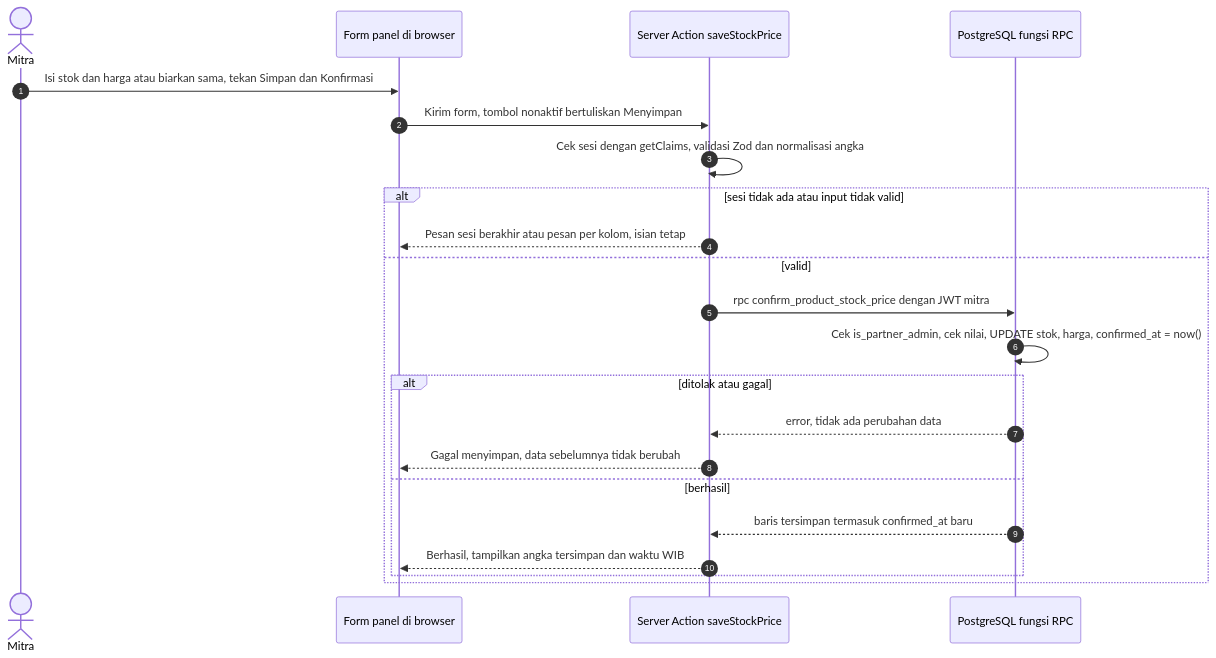
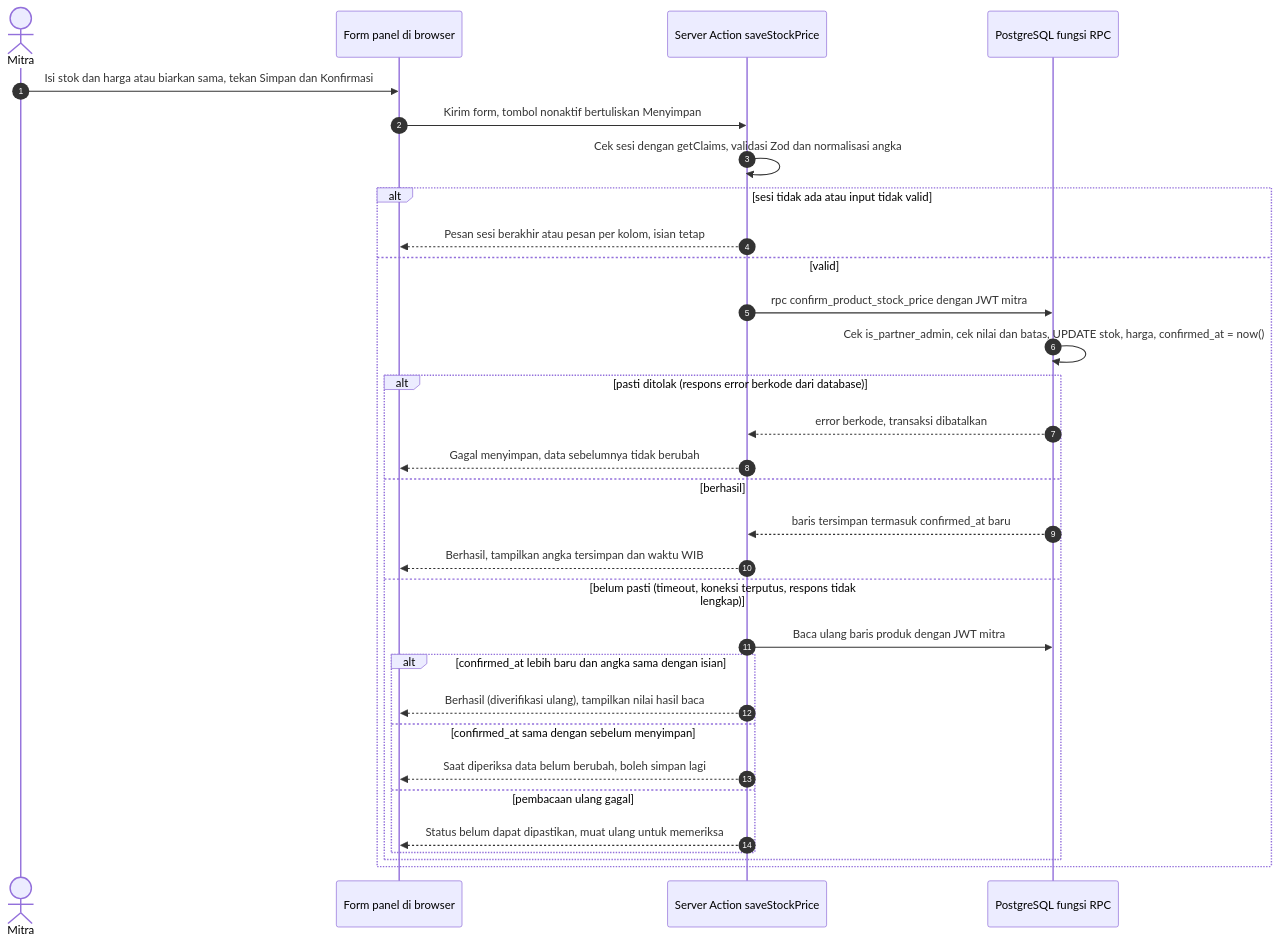
The fifth of 9 diagrams in ARCHITECTURE.md (Jayflux/PasarNila), drawn with Mermaid before and after one commit. The commit also changed other lines of this file and 29 other files, not shown here.

````diff
--- a/ARCHITECTURE.md
+++ b/ARCHITECTURE.md
@@ -282,24 +283,33 @@
 ```mermaid
 sequenceDiagram
     autonumber
     actor M as Mitra
     participant UI as Form panel di browser
     participant SA as Server Action saveStockPrice
     participant DB as PostgreSQL fungsi RPC
     M->>UI: Isi stok dan harga atau biarkan sama, tekan Simpan dan Konfirmasi
     UI->>SA: Kirim form, tombol nonaktif bertuliskan Menyimpan
     SA->>SA: Cek sesi dengan getClaims, validasi Zod dan normalisasi angka
     alt sesi tidak ada atau input tidak valid
         SA-->>UI: Pesan sesi berakhir atau pesan per kolom, isian tetap
     else valid
         SA->>DB: rpc confirm_product_stock_price dengan JWT mitra
-        DB->>DB: Cek is_partner_admin, cek nilai, UPDATE stok, harga, confirmed_at = now()
-        alt ditolak atau gagal
-            DB-->>SA: error, tidak ada perubahan data
+        DB->>DB: Cek is_partner_admin, cek nilai dan batas, UPDATE stok, harga, confirmed_at = now()
+        alt pasti ditolak (respons error berkode dari database)
+            DB-->>SA: error berkode, transaksi dibatalkan
             SA-->>UI: Gagal menyimpan, data sebelumnya tidak berubah
         else berhasil
             DB-->>SA: baris tersimpan termasuk confirmed_at baru
             SA-->>UI: Berhasil, tampilkan angka tersimpan dan waktu WIB
+        else belum pasti (timeout, koneksi terputus, respons tidak lengkap)
+            SA->>DB: Baca ulang baris produk dengan JWT mitra
+            alt confirmed_at lebih baru dan angka sama dengan isian
+                SA-->>UI: Berhasil (diverifikasi ulang), tampilkan nilai hasil baca
+            else confirmed_at sama dengan sebelum menyimpan
+                SA-->>UI: Saat diperiksa data belum berubah, boleh simpan lagi
+            else pembacaan ulang gagal
+                SA-->>UI: Status belum dapat dipastikan, muat ulang untuk memeriksa
+            end
         end
     end
 ```
````
